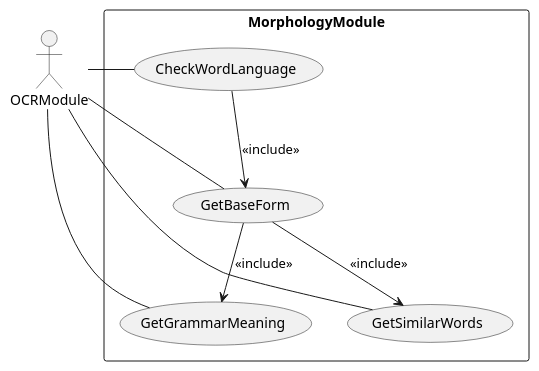
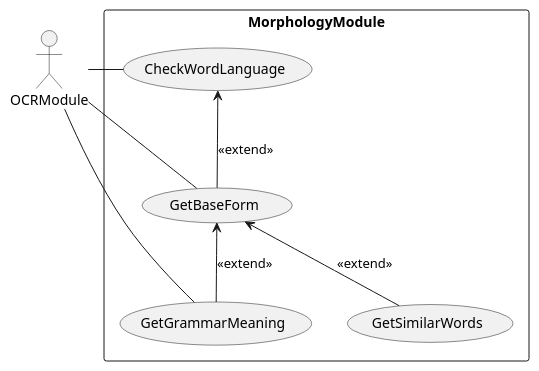
Before and after one commit to lisisisan/CASE-2024: the diagram in lab4/2.puml, drawn with PlantUML. The commit also changed 6 other files, not shown here.

```diff
--- a/lab4/2.puml
+++ b/lab4/2.puml
@@ -1,19 +1,18 @@
 @startuml
 actor OCRModule
 
 rectangle "MorphologyModule" {
  
 
     OCRModule - (CheckWordLanguage)
     OCRModule - (GetBaseForm)
     OCRModule - (GetGrammarMeaning)
-    OCRModule - (GetSimilarWords)
 
-    (CheckWordLanguage) -down-> (GetBaseForm): <<include>>
-    (GetBaseForm) -down-> (GetGrammarMeaning): <<include>>
-    (GetBaseForm) -down-> (GetSimilarWords): <<include>>
+    (CheckWordLanguage) <-down- (GetBaseForm): <<extend>>
+    (GetBaseForm) <-down- (GetGrammarMeaning): <<extend>>
+    (GetBaseForm) <-down- (GetSimilarWords): <<extend>>
 }
 
 
 
 @enduml
```
